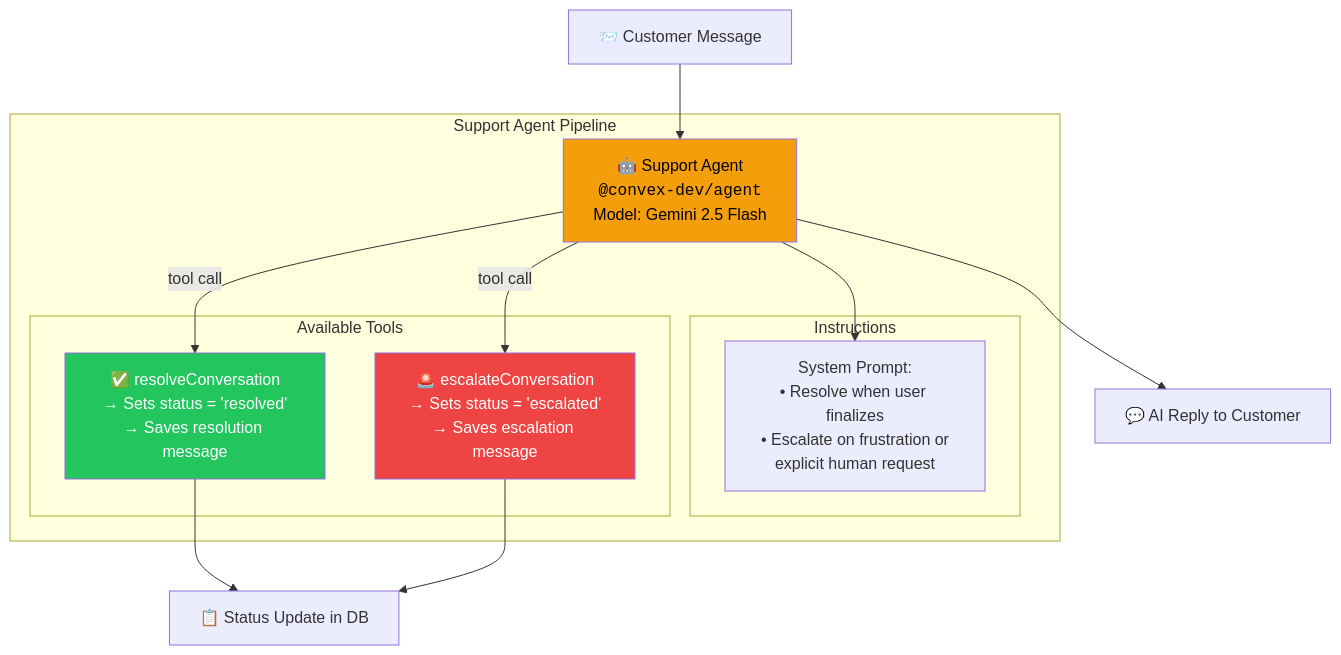
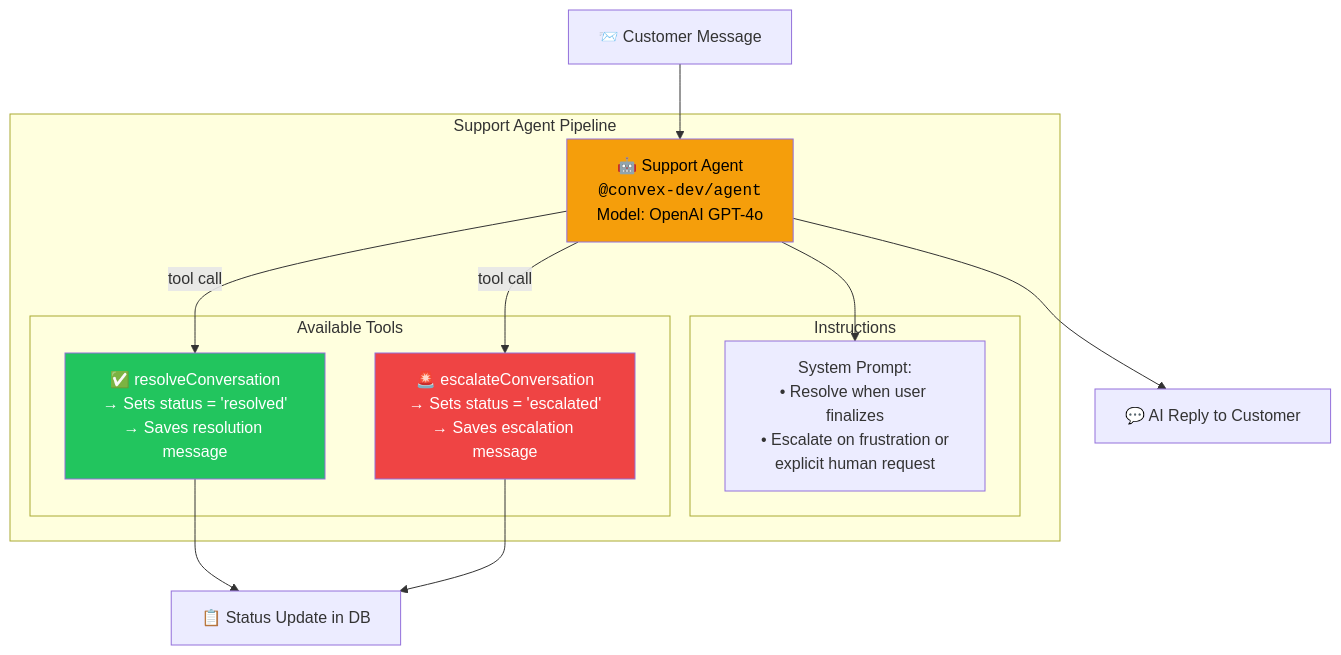
One commit to prakharsingh-74/Pivot-Care-AI changed the fifth of 12 diagrams in README.md. Above: the diagram before and after it, drawn with Mermaid. The commit also changed other lines of this file, not shown here.

Commit message:
refactor docs: migrate AI agent provider from Google Gemini to OpenAI GPT-4o throughout documentation

````diff
--- a/README.md
+++ b/README.md
@@ -293,32 +293,32 @@
 ```mermaid
 graph TD
     USER_MSG["📨 Customer Message"]
     
     subgraph "Support Agent Pipeline"
-        AGENT["🤖 Support Agent<br/><code>@convex-dev/agent</code><br/>Model: Gemini 2.5 Flash"]
+        AGENT["🤖 Support Agent<br/><code>@convex-dev/agent</code><br/>Model: OpenAI GPT-4o"]
         
         subgraph "Instructions"
             INST["System Prompt:<br/>• Resolve when user finalizes<br/>• Escalate on frustration or<br/>explicit human request"]
         end
         
         subgraph "Available Tools"
             RESOLVE["✅ resolveConversation<br/>→ Sets status = 'resolved'<br/>→ Saves resolution message"]
             ESCALATE["🚨 escalateConversation<br/>→ Sets status = 'escalated'<br/>→ Saves escalation message"]
         end
     end
 
     AI_REPLY["💬 AI Reply to Customer"]
     STATUS_CHANGE["📋 Status Update in DB"]
 
     USER_MSG --> AGENT
     AGENT --> INST
     AGENT -->|"tool call"| RESOLVE
     AGENT -->|"tool call"| ESCALATE
     AGENT --> AI_REPLY
     RESOLVE --> STATUS_CHANGE
     ESCALATE --> STATUS_CHANGE
 
     style AGENT fill:#f59e0b,color:#000
     style RESOLVE fill:#22c55e,color:#fff
     style ESCALATE fill:#ef4444,color:#fff
 ```
````
